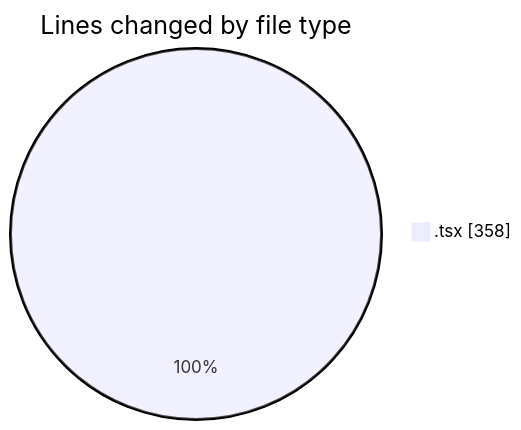
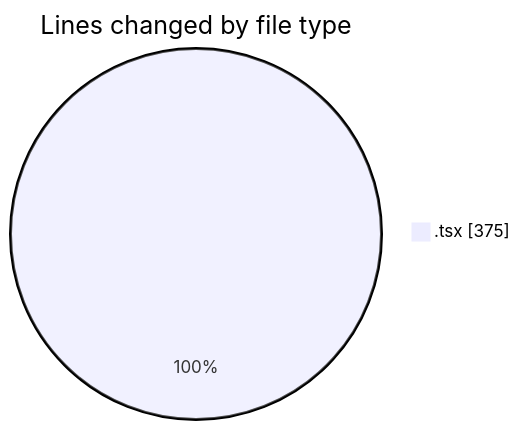
The first of 2 diagrams in 2025-08-20/napxuvn/README.md (lephambinh05/code-tracking), drawn with Mermaid before and after one commit. The commit also changed other lines of this file and 1 other file, not shown here.

````diff
--- a/2025-08-20/napxuvn/README.md
+++ b/2025-08-20/napxuvn/README.md
@@ -29,5 +29,5 @@
 ```mermaid
 pie showData
 title Lines changed by file type
-".tsx" : 358
+".tsx" : 375
 ```
````
